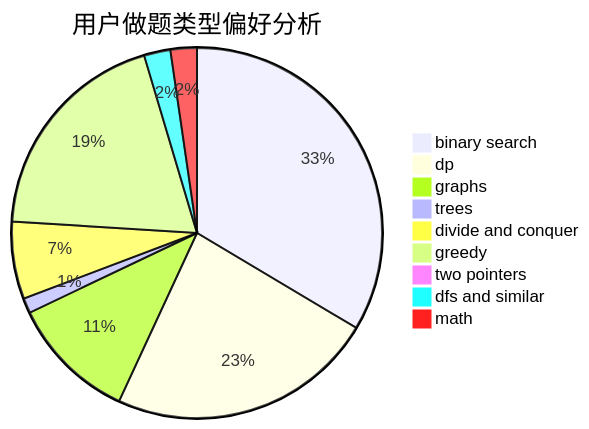
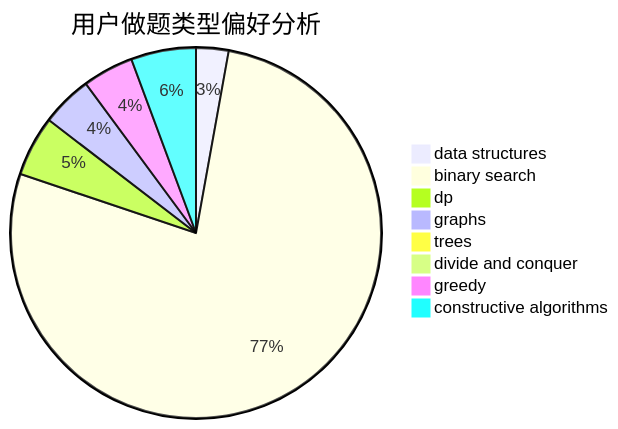
The second of 3 diagrams in docs/user/u1063.md (sherpahu/cfrs.github.io), drawn with Mermaid before and after one commit. The commit also changed other lines of this file and 2775 other files, not shown here.

````diff
--- a/docs/user/u1063.md
+++ b/docs/user/u1063.md
@@ -23,12 +23,11 @@
 ```mermaid
 pie title 用户做题类型偏好分析
-    "binary search" :  204
-    "dp" :  142
-    "graphs" :  67
-    "trees" :  8
-    "divide and conquer" :  41
-    "greedy" :  118
-    "two pointers" :  5
-    "dfs and similar" :  14
-    "math" :  14
+    "data structures" :  7
+    "binary search" :  191
+    "dp" :  13
+    "graphs" :  11
+    "trees" :  0
+    "divide and conquer" :  0
+    "greedy" :  11
+    "constructive algorithms" :  14
 ```
````
